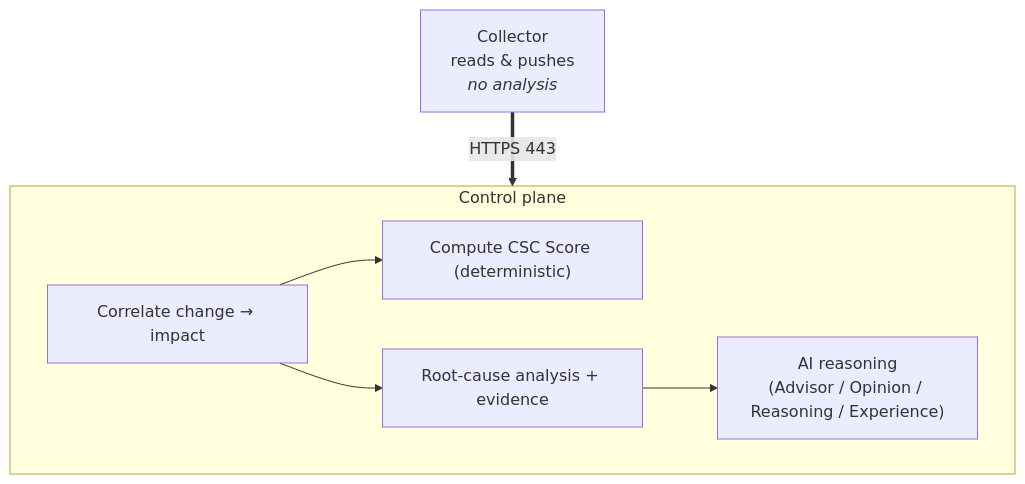
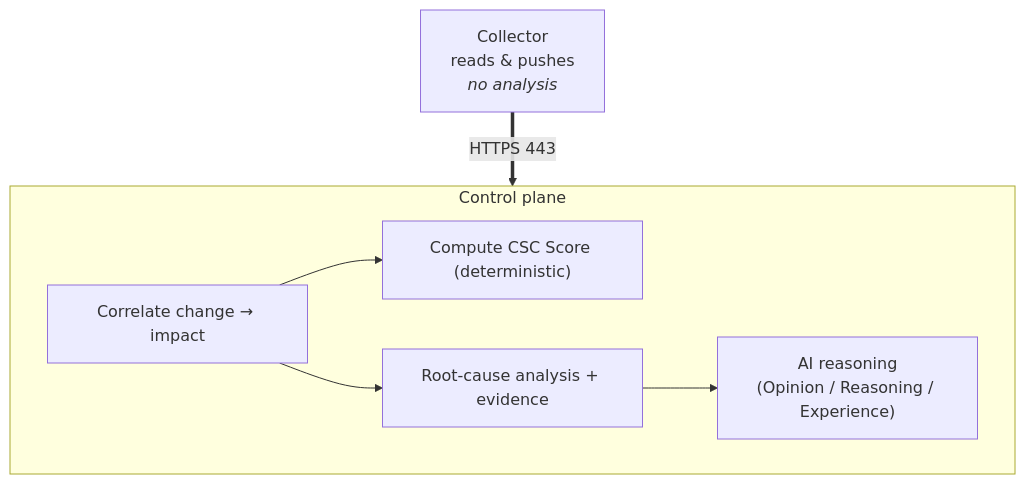
One commit to ChangeGuard-AI/docs changed the fourth of 5 diagrams in get-started/architecture.mdx. Above: the diagram before and after it, drawn with Mermaid. The commit also changed other lines of this file and 4 other files, not shown here.

````diff
--- a/get-started/architecture.mdx
+++ b/get-started/architecture.mdx
@@ -110,13 +110,13 @@
 ```mermaid
 flowchart TB
   col["Collector<br/>reads &amp; pushes<br/><i>no analysis</i>"] ==>|"HTTPS 443"| cp
   subgraph cp["Control plane"]
     correlate["Correlate change → impact"]
     csc["Compute CSC Score (deterministic)"]
     rca["Root-cause analysis + evidence"]
-    advisor["AI reasoning<br/>(Advisor / Opinion / Reasoning / Experience)"]
+    advisor["AI reasoning<br/>(Opinion / Reasoning / Experience)"]
     correlate --> csc
     correlate --> rca
     rca --> advisor
   end
 ```
````
